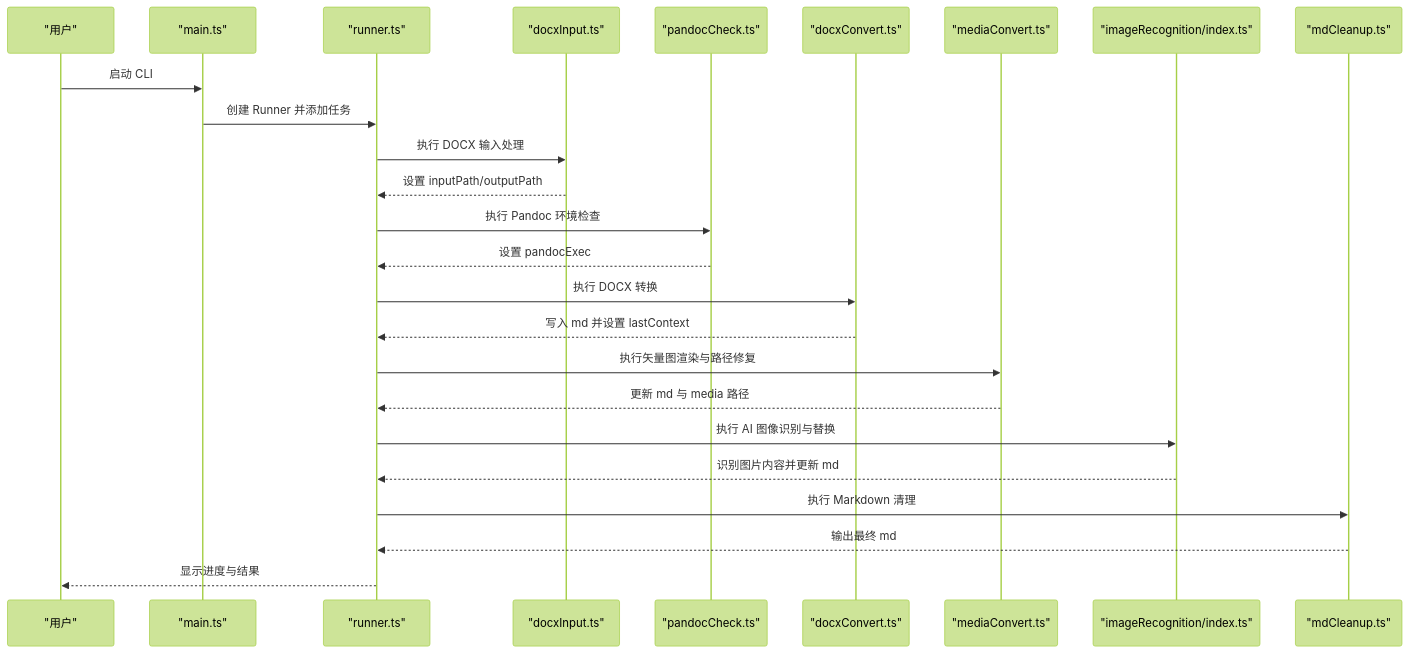
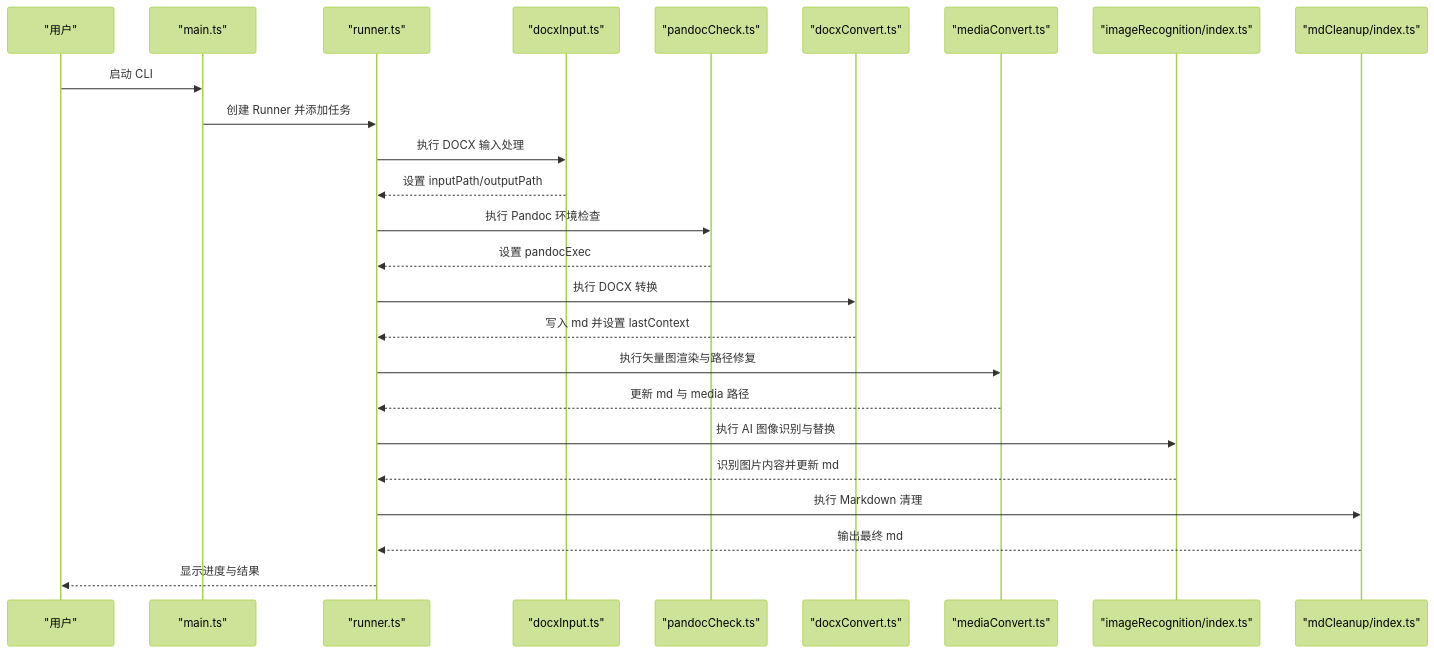
Before and after one commit to hllshiro/doc2md-cli: the second of 3 diagrams in .qoder/repowiki/zh/content/转换模块详解/转换模块详解.md, drawn with Mermaid (forest theme). The commit also changed other lines of this file and 2 other files, not shown here.

Commit message:
docx(mdCleanup): 更新wiki文档

````diff
--- a/.qoder/repowiki/zh/content/转换模块详解/转换模块详解.md
+++ b/.qoder/repowiki/zh/content/转换模块详解/转换模块详解.md
@@ -130,27 +147,27 @@
 ```mermaid
 sequenceDiagram
 participant U as "用户"
 participant M as "main.ts"
 participant R as "runner.ts"
 participant T1 as "docxInput.ts"
 participant T2 as "pandocCheck.ts"
 participant T3 as "docxConvert.ts"
 participant T4 as "mediaConvert.ts"
 participant T5 as "imageRecognition/index.ts"
-participant T6 as "mdCleanup.ts"
+participant T6 as "mdCleanup/index.ts"
 U->>M : 启动 CLI
 M->>R : 创建 Runner 并添加任务
 R->>T1 : 执行 DOCX 输入处理
 T1-->>R : 设置 inputPath/outputPath
 R->>T2 : 执行 Pandoc 环境检查
 T2-->>R : 设置 pandocExec
 R->>T3 : 执行 DOCX 转换
 T3-->>R : 写入 md 并设置 lastContext
 R->>T4 : 执行矢量图渲染与路径修复
 T4-->>R : 更新 md 与 media 路径
 R->>T5 : 执行 AI 图像识别与替换
 T5-->>R : 识别图片内容并更新 md
 R->>T6 : 执行 Markdown 清理
 T6-->>R : 输出最终 md
 R-->>U : 显示进度与结果
 ```
````
